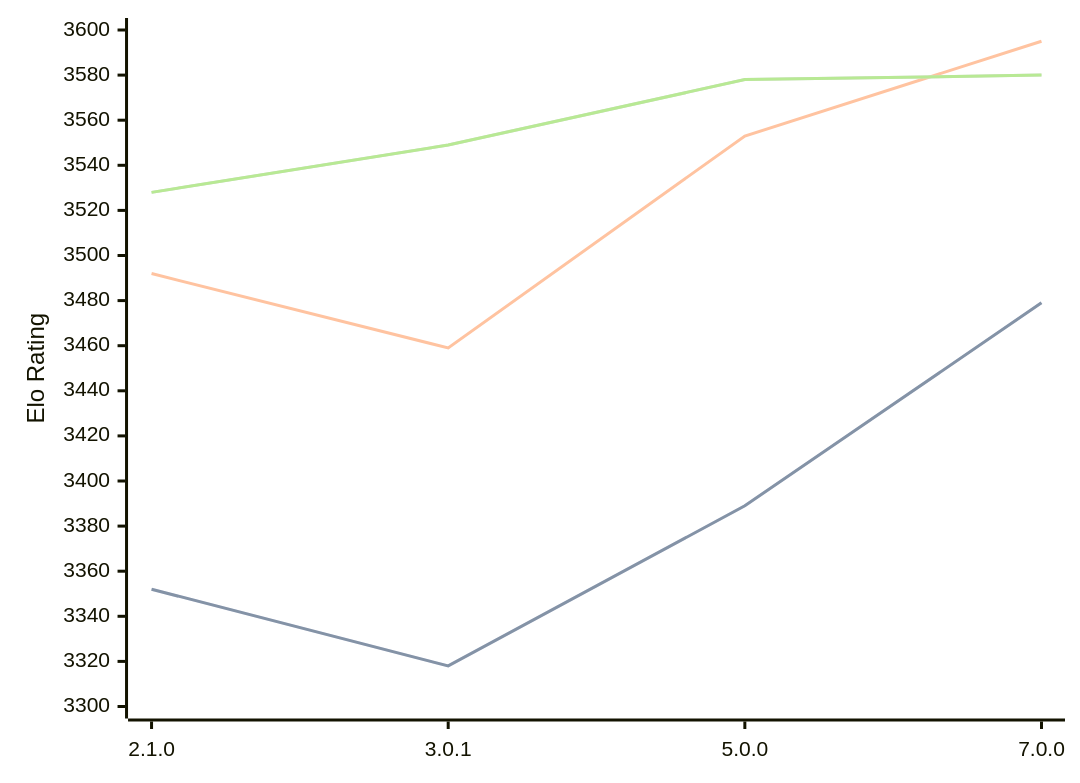
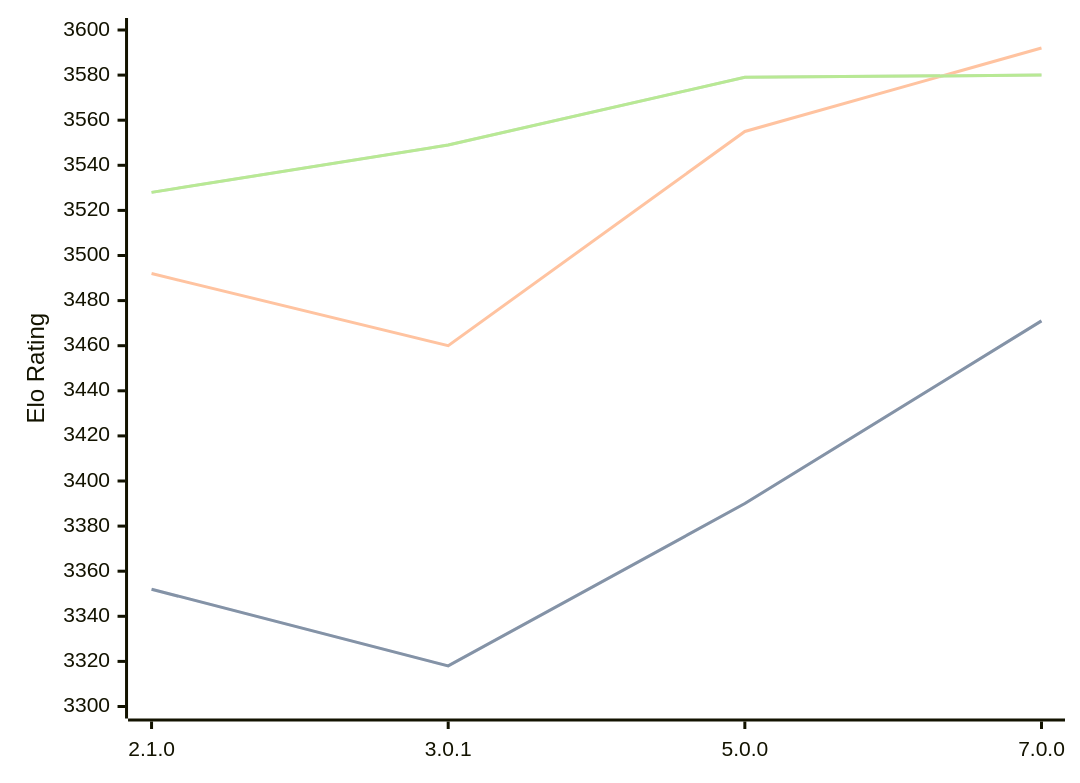
One commit to computer-chess-index/cci changed the diagram in engines/PlentyChess.md. Above: the diagram before and after it, drawn with Mermaid. The commit also changed other lines of this file, not shown here.

Commit message:
Update CCI Ratings (ELO VLTC) - 2026-04-05

````diff
--- a/engines/PlentyChess.md
+++ b/engines/PlentyChess.md
@@ -45,11 +45,11 @@
 ```mermaid
 %%{init: {"theme":"base","themeVariables":{"seriesColors:['#a3a3a3','#222221','#faa371']}}}%%
 xychart-beta
   x-axis ["2.1.0", "3.0.1", "5.0.0", "7.0.0"]
   y-axis "Elo Rating" 3300 --> 3600
-  line "STC (8.0+0.08s)" [3352, 3318, 3389, 3479]
-  line "STC (8.0+0.08s)" [3352, 3318, 3389, 3479]
-  line "LTC (60.0+0.60s)" [3492, 3459, 3553, 3595]
-  line "VLTC (2m24s+1.12s)" [3528, 3549, 3578, 3580]
-  line "VLTC (2m24s+1.12s)" [3528, 3549, 3578, 3580]
+  line "STC (8.0+0.08s)" [3352, 3318, 3390, 3471]
+  line "STC (8.0+0.08s)" [3352, 3318, 3390, 3471]
+  line "LTC (60.0+0.60s)" [3492, 3460, 3555, 3592]
+  line "VLTC (2m24s+1.12s)" [3528, 3549, 3579, 3580]
+  line "VLTC (2m24s+1.12s)" [3528, 3549, 3579, 3580]
 ```
````
